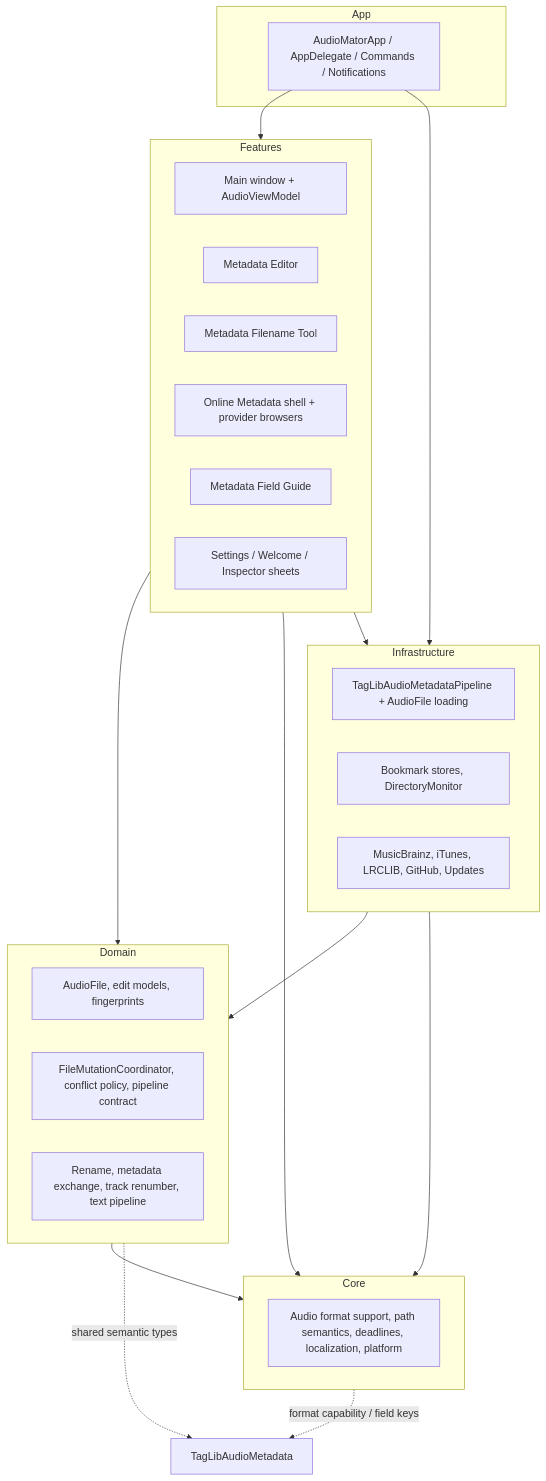
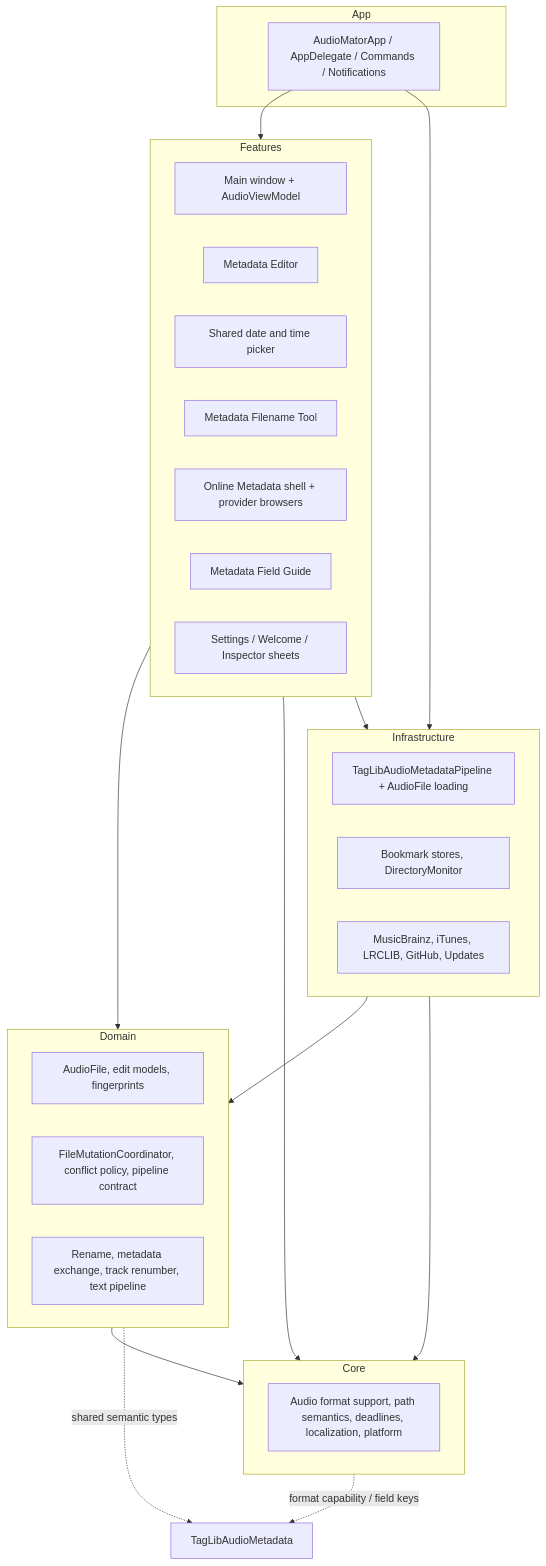
Before and after one commit to ChrisLloydME/AudioMator: the second of 4 diagrams in Docs/Architecture/OVERVIEW.md, drawn with Mermaid. The commit also changed other lines of this file and 11 other files, not shown here.

````diff
--- a/Docs/Architecture/OVERVIEW.md
+++ b/Docs/Architecture/OVERVIEW.md
@@ -27,38 +27,39 @@
 ```mermaid
 flowchart TB
     subgraph App
         Entry[AudioMatorApp / AppDelegate / Commands / Notifications]
     end
     subgraph Features
         Main[Main window + AudioViewModel]
         Editor[Metadata Editor]
+        Dates[Shared date and time picker]
         Tool[Metadata Filename Tool]
         Online[Online Metadata shell + provider browsers]
         Help[Metadata Field Guide]
         Settings[Settings / Welcome / Inspector sheets]
     end
     subgraph Domain
         Models[AudioFile, edit models, fingerprints]
         Mutation[FileMutationCoordinator, conflict policy, pipeline contract]
         Exchange[Rename, metadata exchange, track renumber, text pipeline]
     end
     subgraph Infrastructure
         TagLibAdapter[TagLibAudioMetadataPipeline + AudioFile loading]
         FileSystem[Bookmark stores, DirectoryMonitor]
         Providers[MusicBrainz, iTunes, LRCLIB, GitHub, Updates]
     end
     subgraph Core
         Support[Audio format support, path semantics, deadlines, localization, platform]
     end
 
     Entry --> Features
     Entry --> Infrastructure
     Features --> Domain
     Features --> Core
     Features --> Infrastructure
     Domain --> Core
     Infrastructure --> Domain
     Infrastructure --> Core
     Domain -. shared semantic types .-> Pkg[TagLibAudioMetadata]
     Core -. format capability / field keys .-> Pkg
 ```
````
